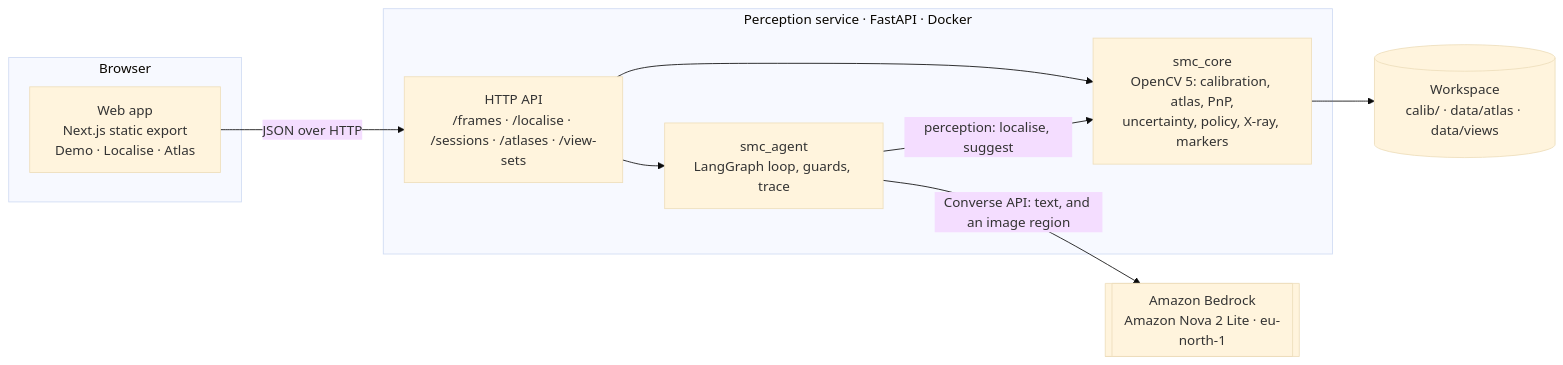
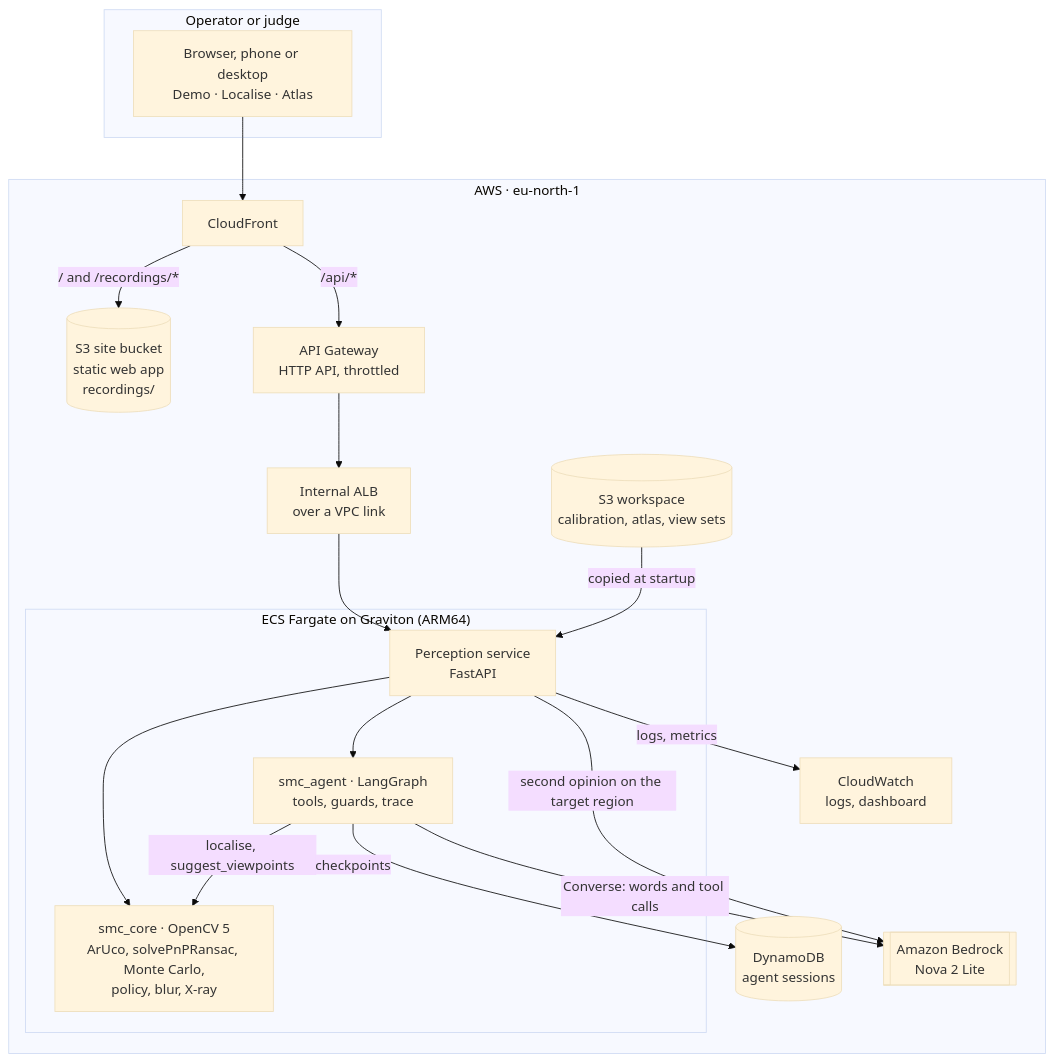
Before and after one commit to Lukols-Dev/Spatial-Maintenance-Copilot: the first of 2 diagrams in docs/report.md, drawn with Mermaid (base theme). The commit also changed other lines of this file and 36 other files, not shown here.

````diff
--- a/docs/report.md
+++ b/docs/report.md
@@ -109,19 +139,32 @@
 ```mermaid
-flowchart LR
-  subgraph browser["Browser"]
-    web["Web app<br/>Next.js static export<br/>Demo · Localise · Atlas"]
+flowchart TB
+  subgraph client["Operator or judge"]
+    web["Browser, phone or desktop<br/>Demo · Localise · Atlas"]
   end
-  subgraph service["Perception service · FastAPI · Docker"]
-    api["HTTP API<br/>/frames · /localise · /sessions · /atlases · /view-sets"]
-    agent["smc_agent<br/>LangGraph loop, guards, trace"]
-    core["smc_core<br/>OpenCV 5: calibration, atlas, PnP,<br/>uncertainty, policy, X-ray, markers"]
+  subgraph aws["AWS · eu-north-1"]
+    cf["CloudFront"]
+    site[("S3 site bucket<br/>static web app<br/>recordings/")]
+    apigw["API Gateway<br/>HTTP API, throttled"]
+    alb["Internal ALB<br/>over a VPC link"]
+    subgraph task["ECS Fargate on Graviton (ARM64)"]
+      api["Perception service<br/>FastAPI"]
+      core["smc_core · OpenCV 5<br/>ArUco, solvePnPRansac, Monte Carlo,<br/>policy, blur, X-ray"]
+      agent["smc_agent · LangGraph<br/>tools, guards, trace"]
+    end
+    ws[("S3 workspace<br/>calibration, atlas, view sets")]
+    ddb[("DynamoDB<br/>agent sessions")]
+    bedrock[["Amazon Bedrock<br/>Nova 2 Lite"]]
+    cw["CloudWatch<br/>logs, dashboard"]
   end
-  files[("Workspace<br/>calib/ · data/atlas · data/views")]
-  bedrock[["Amazon Bedrock<br/>Amazon Nova 2 Lite · eu-north-1"]]
-  web -- JSON over HTTP --> api
+  web --> cf
+  cf -- "/ and /recordings/*" --> site
+  cf -- "/api/*" --> apigw --> alb --> api
   api --> core
   api --> agent
-  agent -- "perception: localise, suggest" --> core
-  agent -- "Converse API: text, and an image region" --> bedrock
-  core --> files
+  agent -- "localise, suggest_viewpoints" --> core
+  agent -- "Converse: words and tool calls" --> bedrock
+  api -- "second opinion on the target region" --> bedrock
+  agent -- "checkpoints" --> ddb
+  ws -- "copied at startup" --> api
+  api -- "logs, metrics" --> cw
 ```
````
